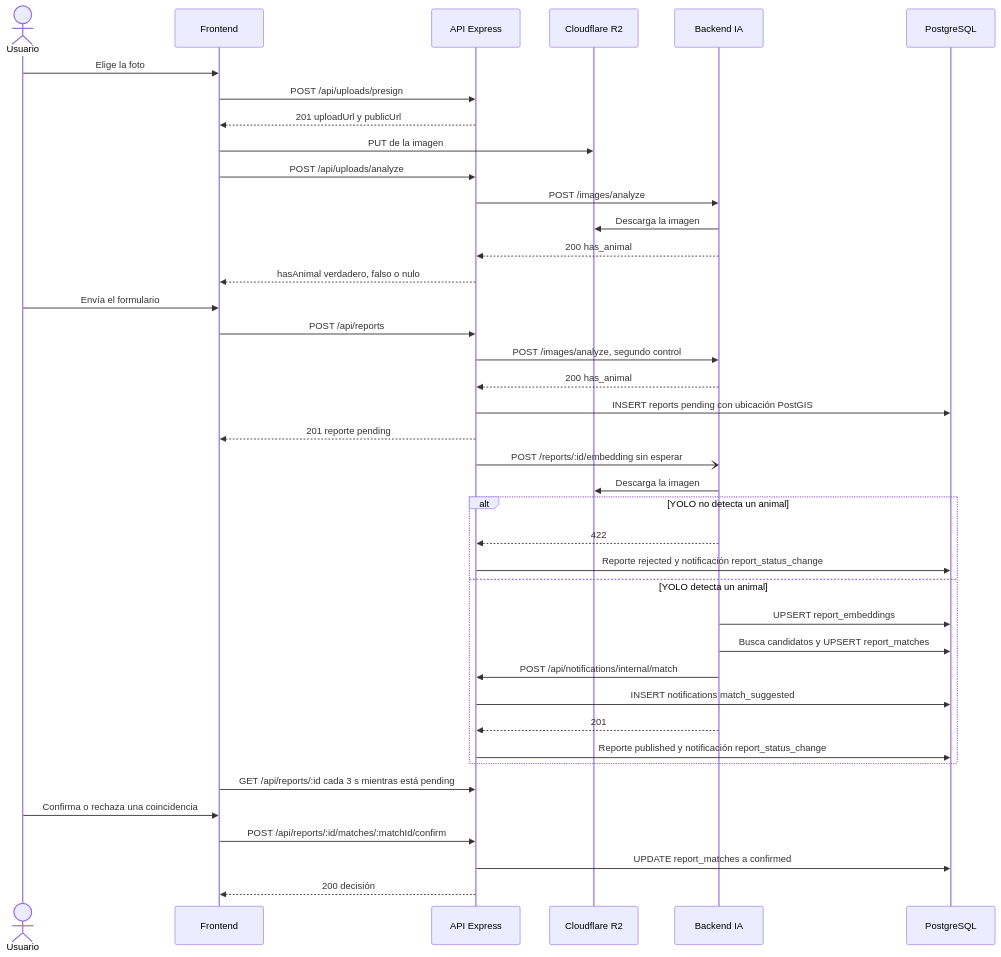
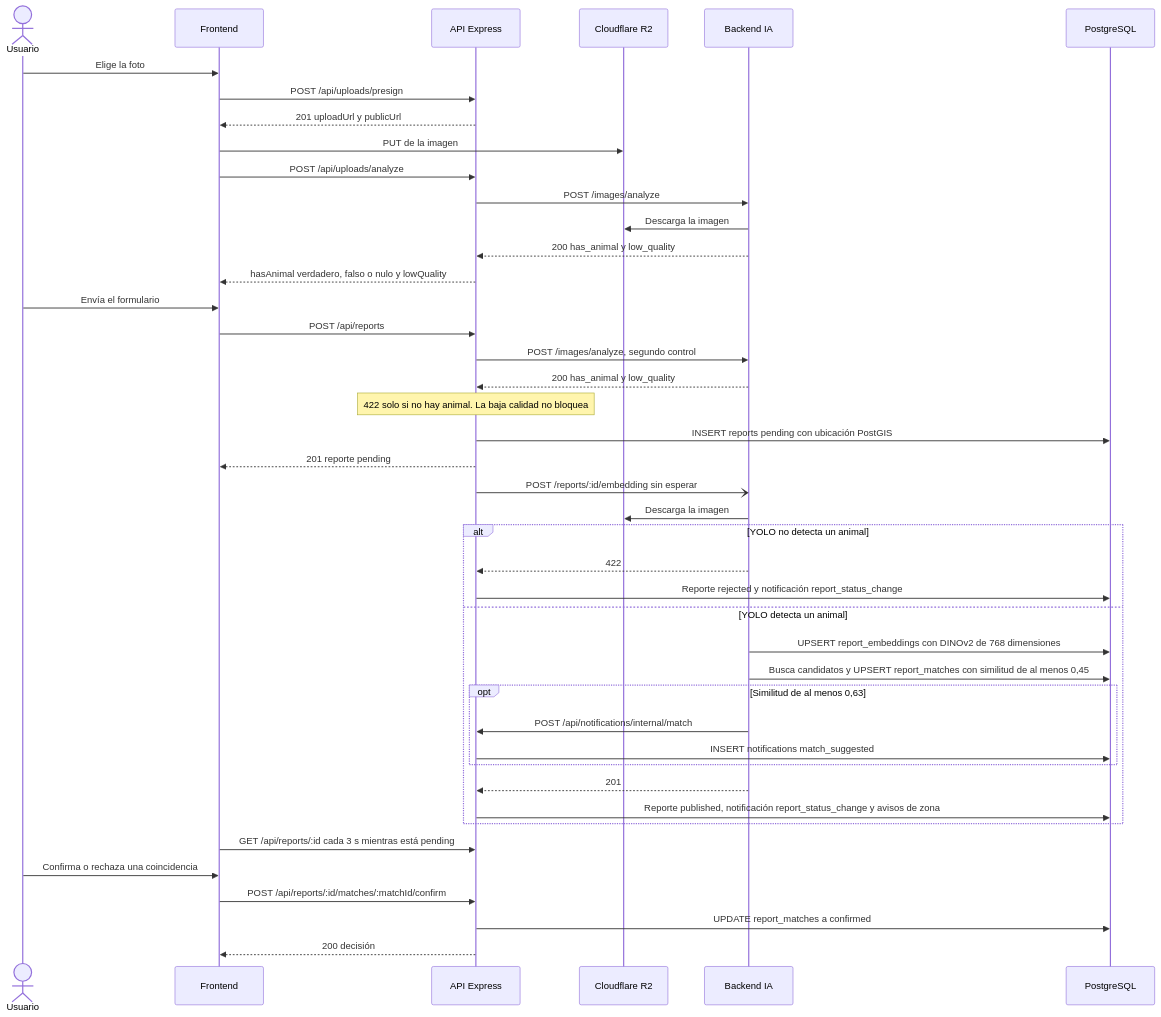
The fourth of 7 diagrams in docs/informe/1-2-2-2-historias-y-flujos.md (ISI-ProyectoFinal-2026/Grupo1), drawn with Mermaid before and after one commit. The commit also changed other lines of this file, not shown here.

Commit message:
docs(informe): actualizacion modulo de IA, matching y aviso de calidad closes #212

````diff
--- a/docs/informe/1-2-2-2-historias-y-flujos.md
+++ b/docs/informe/1-2-2-2-historias-y-flujos.md
@@ -256,42 +258,45 @@
 ```mermaid
 sequenceDiagram
   actor U as Usuario
   participant F as Frontend
   participant A as API Express
   participant R2 as Cloudflare R2
   participant IA as Backend IA
   participant DB as PostgreSQL
   U->>F: Elige la foto
   F->>A: POST /api/uploads/presign
   A-->>F: 201 uploadUrl y publicUrl
   F->>R2: PUT de la imagen
   F->>A: POST /api/uploads/analyze
   A->>IA: POST /images/analyze
   IA->>R2: Descarga la imagen
-  IA-->>A: 200 has_animal
-  A-->>F: hasAnimal verdadero, falso o nulo
+  IA-->>A: 200 has_animal y low_quality
+  A-->>F: hasAnimal verdadero, falso o nulo y lowQuality
   U->>F: Envía el formulario
   F->>A: POST /api/reports
   A->>IA: POST /images/analyze, segundo control
-  IA-->>A: 200 has_animal
+  IA-->>A: 200 has_animal y low_quality
+  Note over A: 422 solo si no hay animal. La baja calidad no bloquea
   A->>DB: INSERT reports pending con ubicación PostGIS
   A-->>F: 201 reporte pending
   A-)IA: POST /reports/:id/embedding sin esperar
   IA->>R2: Descarga la imagen
   alt YOLO no detecta un animal
     IA-->>A: 422
     A->>DB: Reporte rejected y notificación report_status_change
   else YOLO detecta un animal
-    IA->>DB: UPSERT report_embeddings
-    IA->>DB: Busca candidatos y UPSERT report_matches
-    IA->>A: POST /api/notifications/internal/match
-    A->>DB: INSERT notifications match_suggested
+    IA->>DB: UPSERT report_embeddings con DINOv2 de 768 dimensiones
+    IA->>DB: Busca candidatos y UPSERT report_matches con similitud de al menos 0,45
+    opt Similitud de al menos 0,63
+      IA->>A: POST /api/notifications/internal/match
+      A->>DB: INSERT notifications match_suggested
+    end
     IA-->>A: 201
-    A->>DB: Reporte published y notificación report_status_change
+    A->>DB: Reporte published, notificación report_status_change y avisos de zona
   end
   F->>A: GET /api/reports/:id cada 3 s mientras está pending
   U->>F: Confirma o rechaza una coincidencia
   F->>A: POST /api/reports/:id/matches/:matchId/confirm
   A->>DB: UPDATE report_matches a confirmed
   A-->>F: 200 decisión
 ```
````
